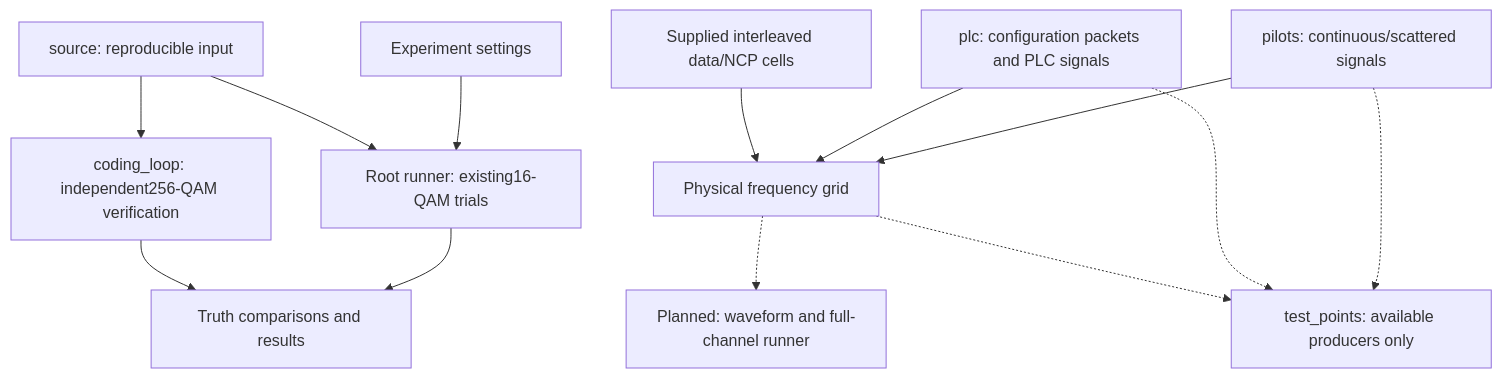
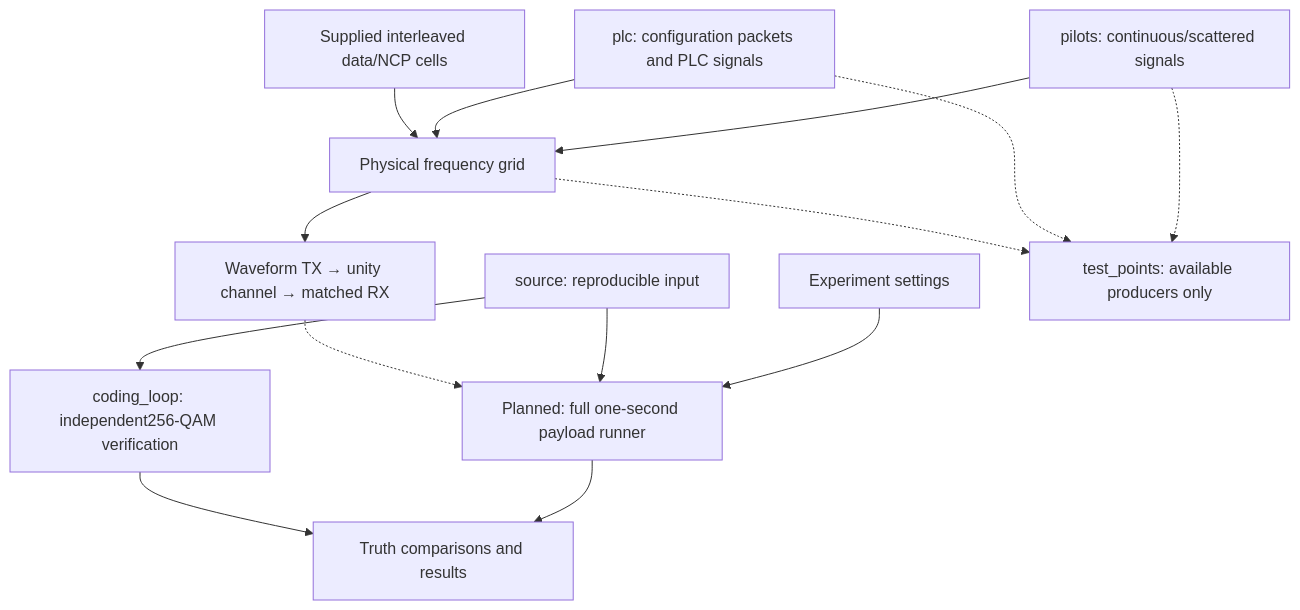
Before and after one commit to mgarcia01752/merlin: the diagram in docs/user/simulation/README.md, drawn with Mermaid. The commit also changed other lines of this file and 64 other files, not shown here.

````diff
--- a/docs/user/simulation/README.md
+++ b/docs/user/simulation/README.md
@@ -21,15 +22,16 @@
 ```mermaid
 flowchart TB
     INPUT["Experiment settings"] --> RUN["Root runner: existing16-QAM trials"]
     SOURCE["source: reproducible input"] --> RUN
     SOURCE --> LOOP["coding_loop: independent256-QAM verification"]
     RUN --> RESULTS["Truth comparisons and results"]
     LOOP --> RESULTS
     PILOTS["pilots: continuous/scattered signals"] --> GRID["Physical frequency grid"]
     PLC["plc: configuration packets and PLC signals"] --> GRID
     CELLS["Supplied interleaved data/NCP cells"] --> GRID
-    GRID -.-> WAVE["Planned: waveform and full-channel runner"]
+    GRID --> WAVE["Waveform TX → unity channel → matched RX"]
+    WAVE -.-> RUN["Planned: full one-second payload runner"]
     PILOTS -.-> POINTS["test_points: available producers only"]
     PLC -.-> POINTS
     GRID -.-> POINTS
 ```
````
